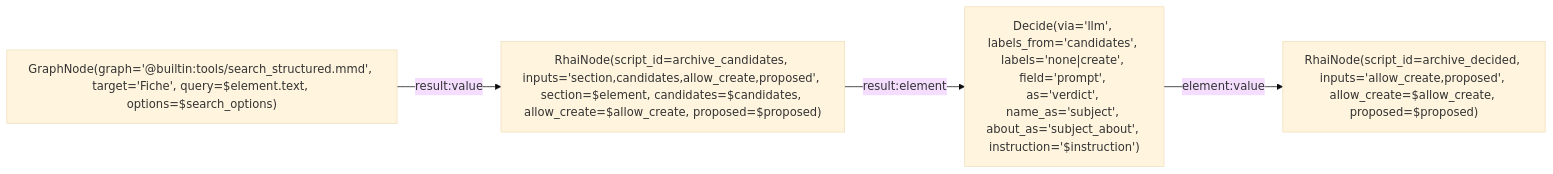
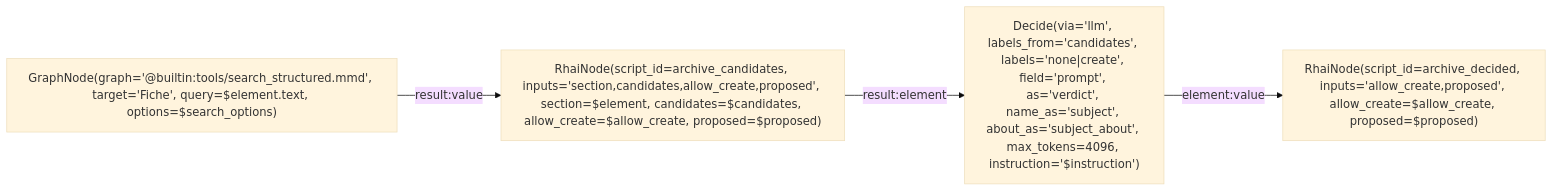
One commit to L-Defraiteur/rag3db changed the diagram in extension/rag3weaver/templates/backends/memory/graphs/archive_decide.mmd. Above: the diagram before and after it, drawn with Mermaid (base theme). The commit also changed 2 other files, not shown here.

Commit message:
fix(archiviste): le plafond de jetons du Decide déclaré dans son graphe — max_tokens=4096 sur archive_decide.mmd
Les rejeux avec trace ont tronqué 1 section sur 432 et 1 sur 152 au plafond par défaut de 2048 :
depuis about_as, la réponse porte une étiquette, un nom et une phrase, et Gemini 3.x compte sa
réflexion dedans. archive_decide.mmd déclare maintenant max_tokens=4096 sur son Decide ; le jour où
models.llm portera max_output_tokens, la valeur déclarée restera prioritaire.

Témoin : le_decide_de_l_archiviste_demande_le_plafond_declare (la requête au modèle porte 4096),
rouge sur e95a1b8c6, vert après ; e2e_archiviste 16/16. Ticket clos.

```diff
--- a/extension/rag3weaver/templates/backends/memory/graphs/archive_decide.mmd
+++ b/extension/rag3weaver/templates/backends/memory/graphs/archive_decide.mmd
@@ -1,19 +1,20 @@
 %% tool: archive_decide
 %% description: Une section (l'élément) : les fiches candidates par la recherche, puis la décision fermée du modèle (une candidate, none, create), rendue comme l'élément des écritures (kind, fiche, records, liens, provenance). Appelé une fois par section par le ForEachNode de archive.
 %% Les étiquettes candidate_N sont résolues par archive_decided vers les noms exacts ; les noms et descriptions restent dans le prompt.
+%% Le plafond du Decide (max_tokens=4096) : la réponse porte une étiquette, un nom et une phrase, et Gemini 3.x compte sa réflexion dedans ; le défaut de 2048 en tronquait 1 section sur 432 et 1 sur 152 (15 novembre 2026).
 %% param: element json! -- La section : {title, level, text, anchor, index, chemin, titre, origine}.
 %% param: candidates int = 5 -- Fiches candidates gardées.
 %% param: allow_create bool = false -- create permis (éteint par défaut, comme archive).
 %% param: instruction string! -- Ce que l'étiquette veut dire, pour le modèle ; sans apostrophe droite (substituée entre apostrophes dans la configuration du Decide ; la typographique ’ passe).
 %% param: search_options json! -- Les options de la recherche de candidates (limit…).
 %% param: proposed json = [] -- Les fiches proposées par les sections précédentes du même document ({name, about, state, via}), portées par le ForEachNode d'archive (carry) : elles ne sont pas encore cherchables, la transaction de l'outil ne les a pas validées.
 %% result: decided.result
 
 graph LR
     recall["GraphNode(graph='@builtin:tools/search_structured.mmd', target='Fiche', query=$element.text, options=$search_options)"]
     prepare["RhaiNode(script_id=archive_candidates, inputs='section,candidates,allow_create,proposed', section=$element, candidates=$candidates, allow_create=$allow_create, proposed=$proposed)"]
-    decide["Decide(via='llm', labels_from='candidates', labels='none|create', field='prompt', as='verdict', name_as='subject', about_as='subject_about', instruction='$instruction')"]
+    decide["Decide(via='llm', labels_from='candidates', labels='none|create', field='prompt', as='verdict', name_as='subject', about_as='subject_about', max_tokens=4096, instruction='$instruction')"]
     decided["RhaiNode(script_id=archive_decided, inputs='allow_create,proposed', allow_create=$allow_create, proposed=$proposed)"]
     recall -->|result:value| prepare
     prepare -->|result:element| decide
     decide -->|element:value| decided
```
